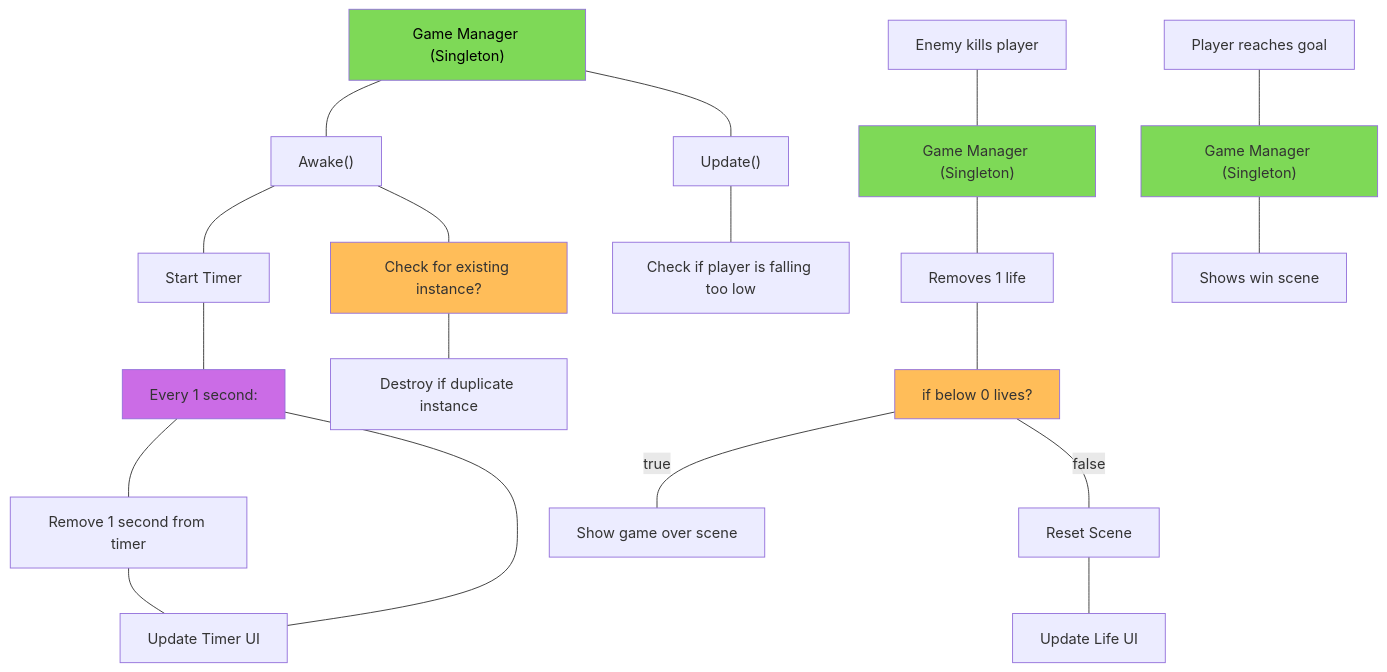
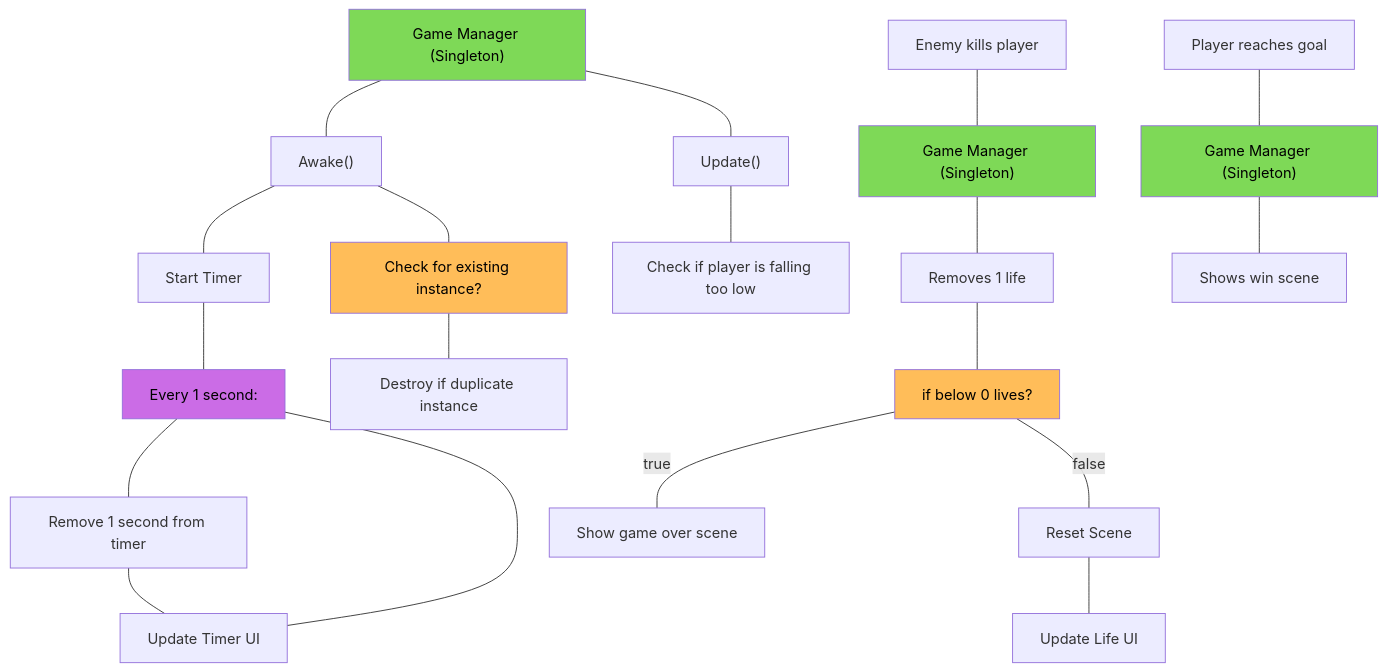
The diagram in README.md (Blobmaster2/GameEngineLabProj), drawn with Mermaid before and after one commit.

````diff
--- a/README.md
+++ b/README.md
@@ -8,48 +8,48 @@
 ```mermaid
 flowchart
 	n1@{ label: "Rectangle" }
 	n2@{ label: "Rectangle" }
 	n1["Game Manager (Singleton)"]
 	n2["Check for existing instance"]
 	style n1 color:#000000,fill:#7ED957
 	n3@{ label: "Rectangle" }
 	n2
 	n3["Start Timer"]
 	n4["Every 1 second:"]
 	n3 --- n4
 	n5@{ label: "Rectangle" }
 	n4
 	n5
 	n5["Update UI"]
 	n4
 	n6["Remove 1 second from timer"]
 	n4 --- n6
 	n6 --- n5
 	n5["Update Timer UI"] --- n4
 	n7@{ label: "Rectangle" }
 	n1 --- n7["Awake()"]
 	n7 --- n3
 	n7 --- n2
 	n8["Destroy if duplicate instance"]
 	n2["Check for existing instance?"] --- n8
 	n1 --- n9["Update()"]
 	n9 --- n10["Check if player is falling too low"]
 	n11["Enemy kills player"]
 	n11 --- n12["Game Manager (Singleton)"]
-	style n12 fill:#7ED957
+	style n12 color:#000000,fill:#7ED957
 	n12
 	n13["Removes 1 life"]
 	n13 ---|"false"| n14["Reset Scene"]
 	n13["if below 0 lives"] ---|"true"| n15["Show game over scene"]
 	n12 --- n16["Removes 1 life"]
 	n16 --- n13["if below 0 lives?"]
 	n17["Player reaches goal"]
 	n18@{ label: "Rectangle" }
 	n17 --- n18["Game Manager (Singleton)"]
-	style n18 fill:#7ED957
+	style n18 color:#000000,fill:#7ED957
 	n18 --- n19["Shows win  scene"]
-	style n2 fill:#FFBD59
-	style n13 fill:#FFBD59
-	style n4 fill:#CB6CE6
+	style n2 color:#000000,fill:#FFBD59
+	style n13 color:#000000,fill:#FFBD59
+	style n4 color:#000000,fill:#CB6CE6
 	n14 --- n20["Update Life UI"]
 ```
````
